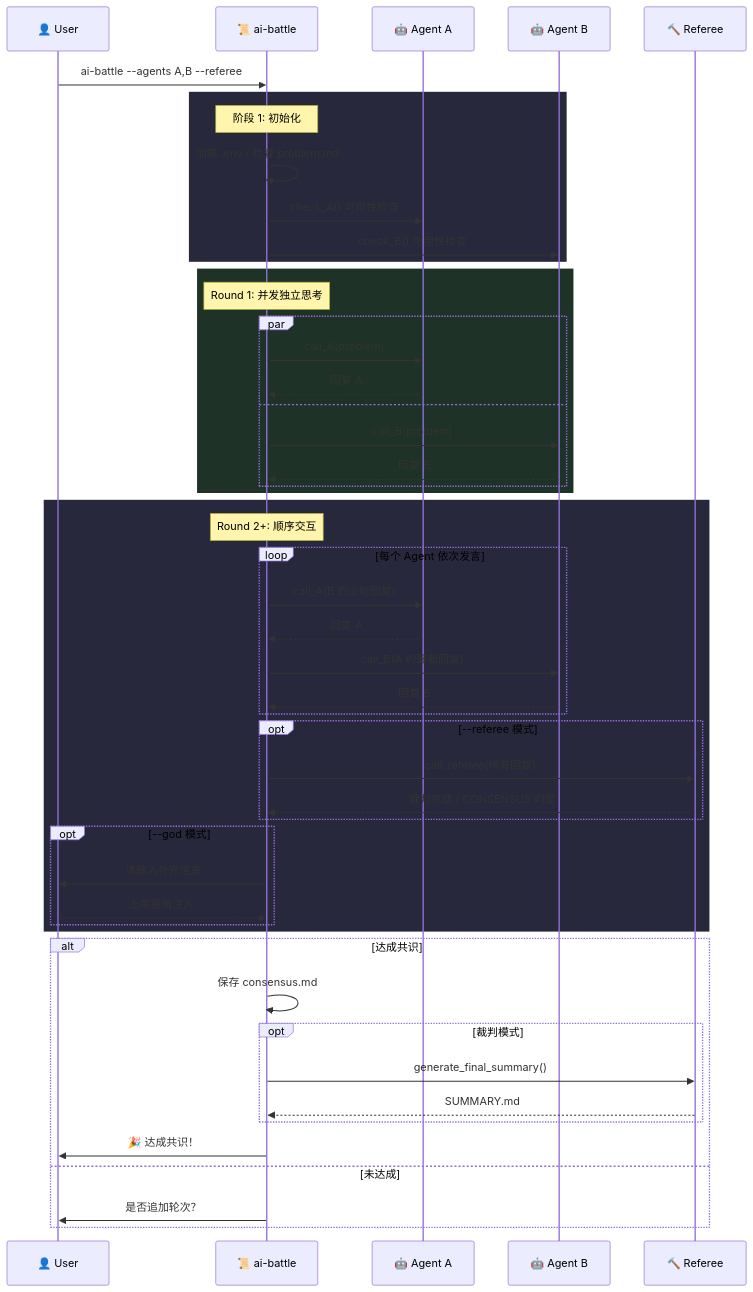
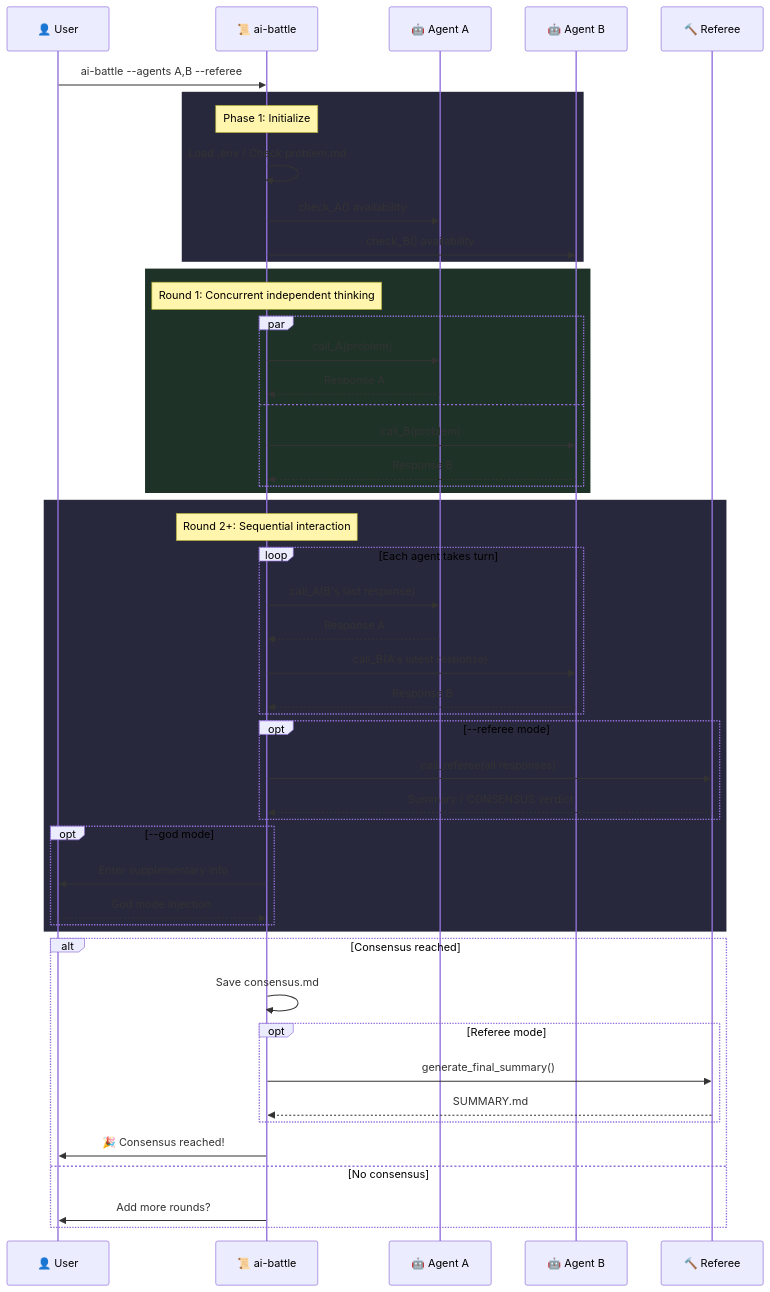
One commit to Alfonsxh/ai-battle changed the diagram in README.md. Above: the diagram before and after it, drawn with Mermaid. The commit also changed other lines of this file and 1 other file, not shown here.

````diff
--- a/README.md
+++ b/README.md
@@ -102,59 +106,59 @@
 ```mermaid
 sequenceDiagram
     participant U as 👤 User
     participant S as 📜 ai-battle
     participant A as 🤖 Agent A
     participant B as 🤖 Agent B
     participant R as 🔨 Referee
 
     U->>S: ai-battle --agents A,B --referee
 
     rect rgb(40, 40, 60)
-        Note over S: 阶段 1: 初始化
-        S->>S: 加载 .env / 检查 problem.md
-        S->>A: check_A() 可用性检查
-        S->>B: check_B() 可用性检查
+        Note over S: Phase 1: Initialize
+        S->>S: Load .env / Check problem.md
+        S->>A: check_A() availability
+        S->>B: check_B() availability
     end
 
     rect rgb(30, 50, 40)
-        Note over S: Round 1: 并发独立思考
+        Note over S: Round 1: Concurrent independent thinking
         par
             S->>A: call_A(problem)
-            A-->>S: 回复 A
+            A-->>S: Response A
         and
             S->>B: call_B(problem)
-            B-->>S: 回复 B
+            B-->>S: Response B
         end
     end
 
     rect rgb(40, 40, 60)
-        Note over S: Round 2+: 顺序交互
-        loop 每个 Agent 依次发言
-            S->>A: call_A(B 的上轮回复)
-            A-->>S: 回复 A
-            S->>B: call_B(A 的最新回复)
-            B-->>S: 回复 B
+        Note over S: Round 2+: Sequential interaction
+        loop Each agent takes turn
+            S->>A: call_A(B's last response)
+            A-->>S: Response A
+            S->>B: call_B(A's latest response)
+            B-->>S: Response B
         end
 
-        opt --referee 模式
-            S->>R: call_referee(所有回复)
-            R-->>S: 裁判总结 / CONSENSUS 判定
+        opt --referee mode
+            S->>R: call_referee(all responses)
+            R-->>S: Summary / CONSENSUS verdict
         end
 
-        opt --god 模式
-            S->>U: 请输入补充信息
-            U-->>S: 上帝视角注入
+        opt --god mode
+            S->>U: Enter supplementary info
+            U-->>S: God mode injection
         end
     end
 
-    alt 达成共识
-        S->>S: 保存 consensus.md
-        opt 裁判模式
+    alt Consensus reached
+        S->>S: Save consensus.md
+        opt Referee mode
             S->>R: generate_final_summary()
             R-->>S: SUMMARY.md
         end
-        S->>U: 🎉 达成共识！
-    else 未达成
-        S->>U: 是否追加轮次？
+        S->>U: 🎉 Consensus reached!
+    else No consensus
+        S->>U: Add more rounds?
     end
 ```
````
